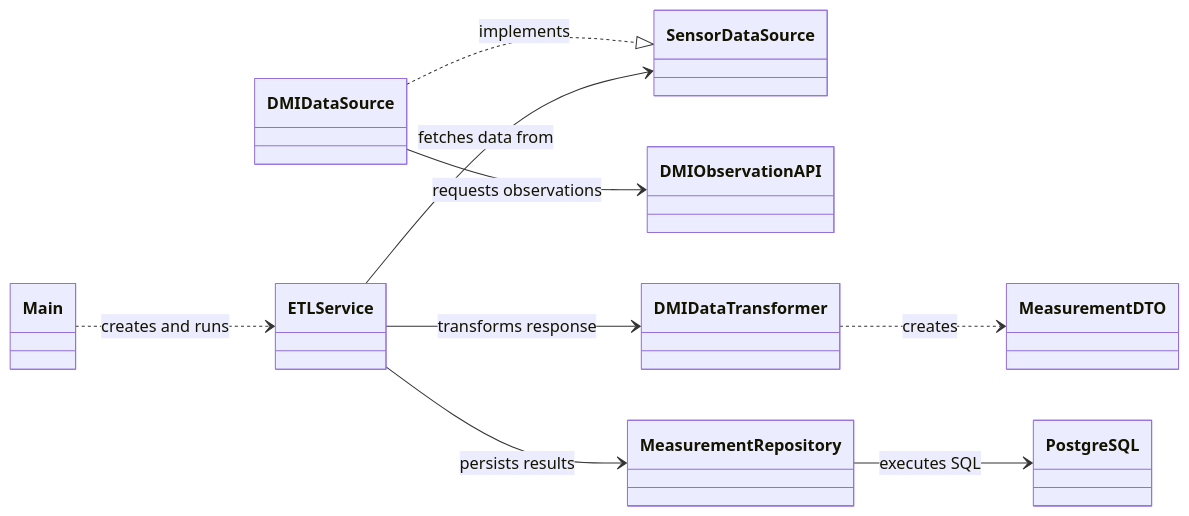
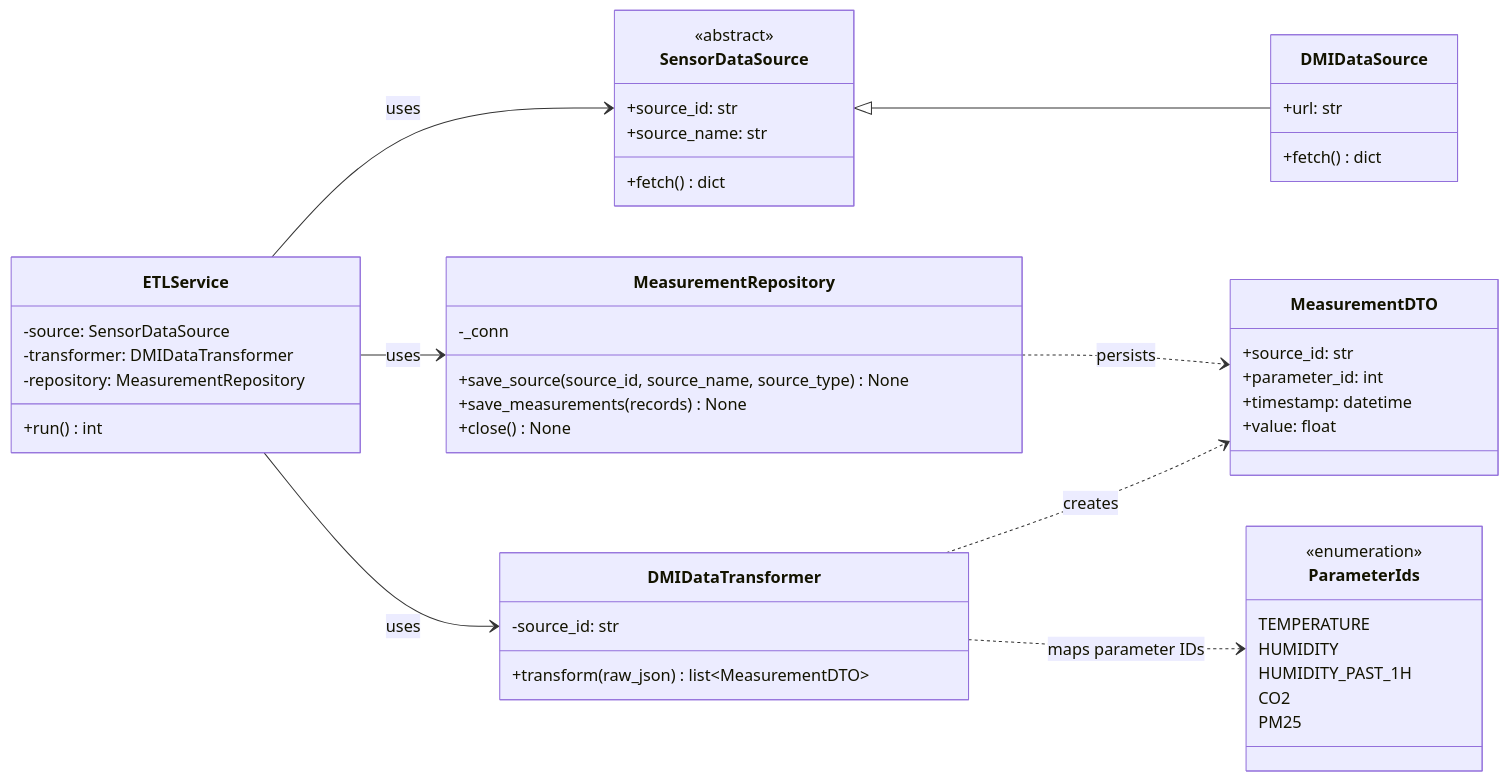
Before and after one commit to mielouise/environment_data_project: the second of 4 diagrams in README.md, drawn with Mermaid. The commit also changed other lines of this file, not shown here.

Commit message:
documentation add diagrams

````diff
--- a/README.md
+++ b/README.md
@@ -67,23 +94,60 @@
 ```mermaid
 classDiagram
     direction LR
 
-    class Main
-    class ETLService
-    class SensorDataSource
-    class DMIDataSource
-    class DMIObservationAPI
-    class DMIDataTransformer
-    class MeasurementDTO
-    class MeasurementRepository
-    class PostgreSQL
+    class SensorDataSource {
+        <<abstract>>
+        +source_id: str
+        +source_name: str
+        +fetch() dict
+    }
 
-    Main ..> ETLService : creates and runs
-    ETLService --> SensorDataSource : fetches data from
-    DMIDataSource ..|> SensorDataSource : implements
-    DMIDataSource --> DMIObservationAPI : requests observations
-    ETLService --> DMIDataTransformer : transforms response
+    class DMIDataSource {
+        +url: str
+        +fetch() dict
+    }
+
+    class ETLService {
+        -source: SensorDataSource
+        -transformer: DMIDataTransformer
+        -repository: MeasurementRepository
+        +run() int
+    }
+
+    class DMIDataTransformer {
+        -source_id: str
+        +transform(raw_json) list~MeasurementDTO~
+    }
+
+    class MeasurementDTO {
+        +source_id: str
+        +parameter_id: int
+        +timestamp: datetime
+        +value: float
+    }
+
+    class MeasurementRepository {
+        -_conn
+        +save_source(source_id, source_name, source_type) None
+        +save_measurements(records) None
+        +close() None
+    }
+
+    class ParameterIds {
+        <<enumeration>>
+        TEMPERATURE
+        HUMIDITY
+        HUMIDITY_PAST_1H
+        CO2
+        PM25
+    }
+
+    SensorDataSource <|-- DMIDataSource
+
+    ETLService --> SensorDataSource : uses
+    ETLService --> DMIDataTransformer : uses
+    ETLService --> MeasurementRepository : uses
     DMIDataTransformer ..> MeasurementDTO : creates
-    ETLService --> MeasurementRepository : persists results
-    MeasurementRepository --> PostgreSQL : executes SQL
+    DMIDataTransformer ..> ParameterIds : maps parameter IDs
+    MeasurementRepository ..> MeasurementDTO : persists
 ```
````
